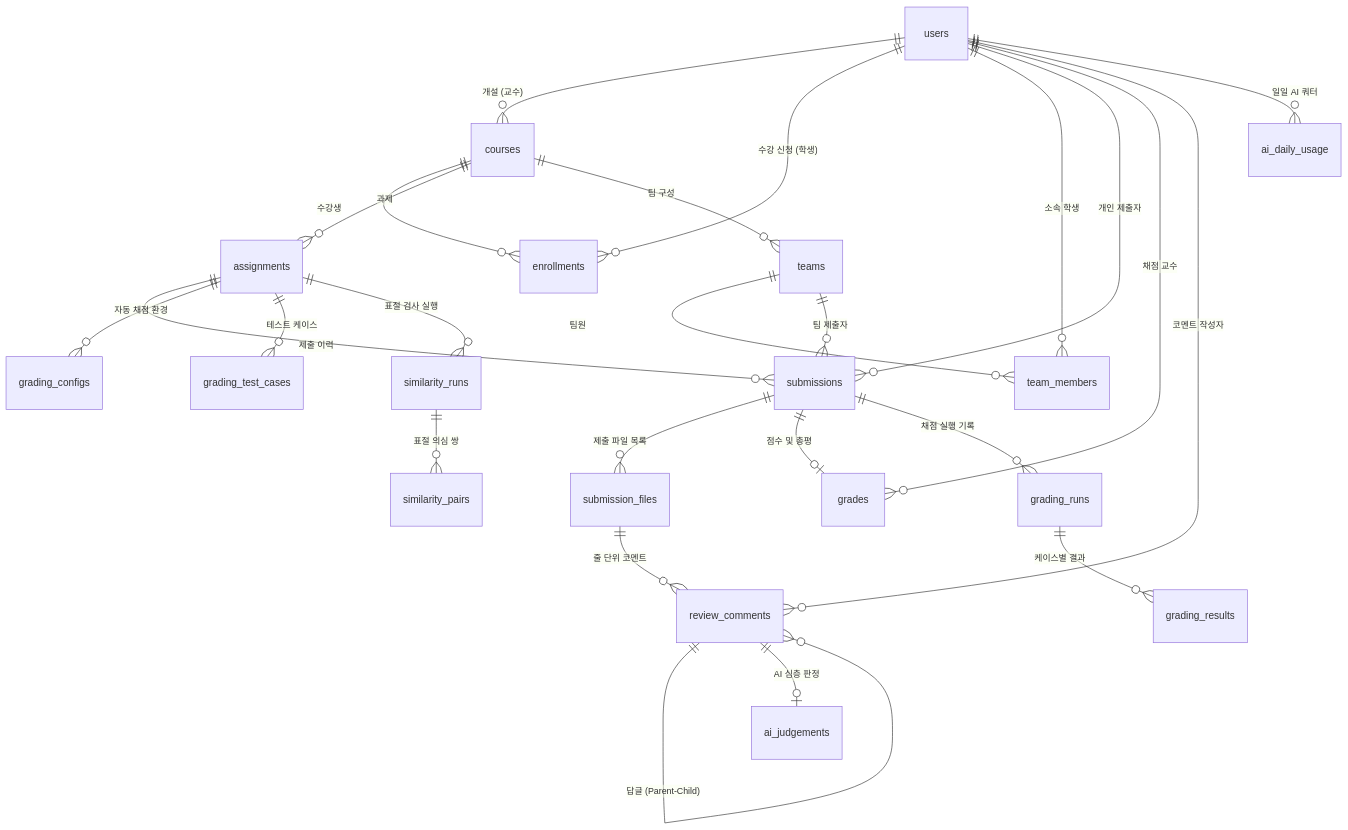
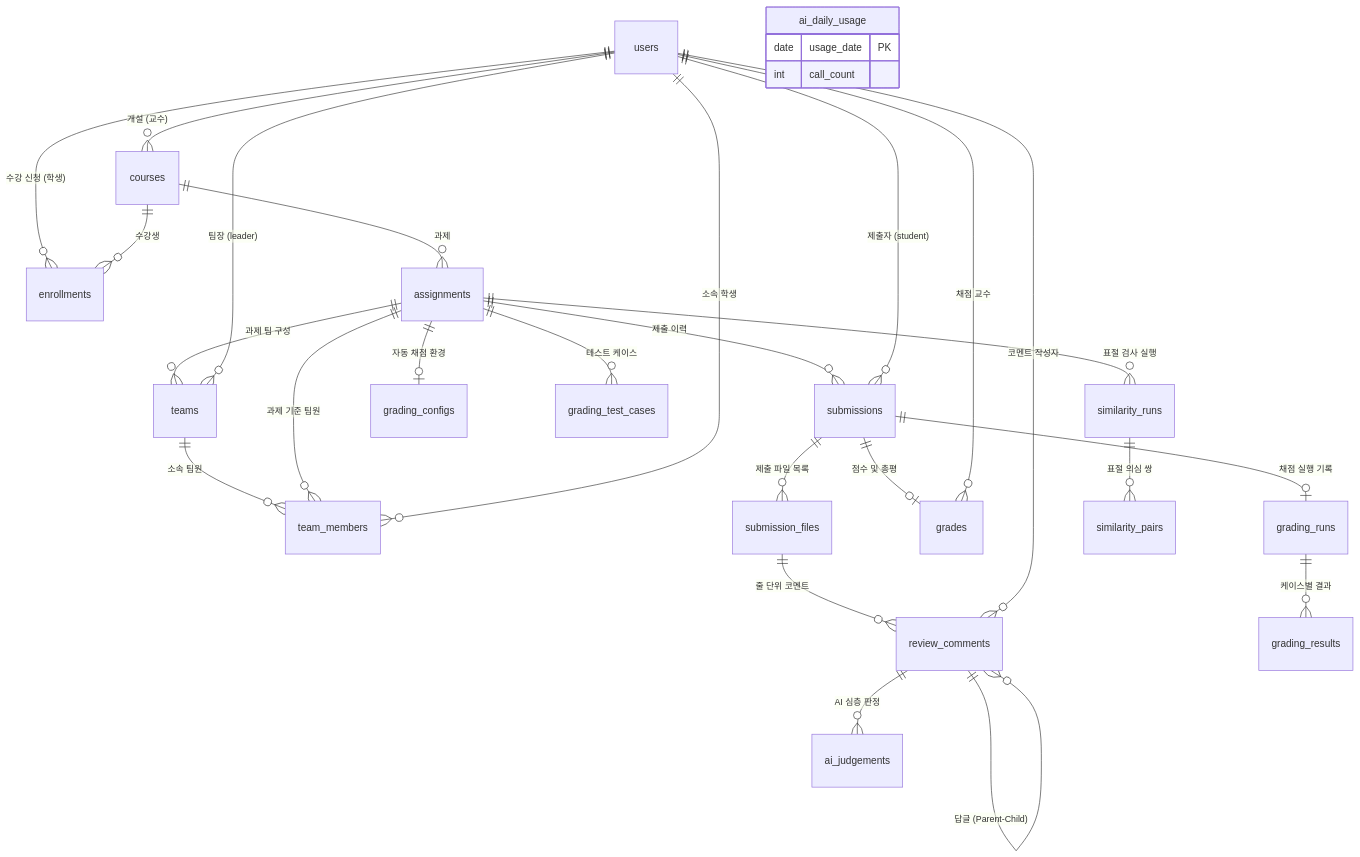
The diagram in docs/프로젝트_산출물/05_데이터베이스_설계서_및_ERD.md (ksw1295/submithub), drawn with Mermaid before and after one commit. The commit also changed other lines of this file and 8 other files, not shown here.

Commit message:
docs: 산출물 팩트체크(실제 엔티티 ERD, Docker CLI, Gemini JSON 규격, 라우팅) 최종 반영

````diff
--- a/docs/프로젝트_산출물/05_데이터베이스_설계서_및_ERD.md
+++ b/docs/프로젝트_산출물/05_데이터베이스_설계서_및_ERD.md
@@ -26,32 +31,37 @@
 ```mermaid
 erDiagram
     users ||--o{ courses : "개설 (교수)"
     users ||--o{ enrollments : "수강 신청 (학생)"
     courses ||--o{ enrollments : "수강생"
     courses ||--o{ assignments : "과제"
-    courses ||--o{ teams : "팀 구성"
-    teams ||--o{ team_members : "팀원"
+    
+    assignments ||--o{ teams : "과제 팀 구성"
+    users ||--o{ teams : "팀장 (leader)"
+    teams ||--o{ team_members : "소속 팀원"
+    assignments ||--o{ team_members : "과제 기준 팀원"
     users ||--o{ team_members : "소속 학생"
 
     assignments ||--o{ submissions : "제출 이력"
-    users ||--o{ submissions : "개인 제출자"
-    teams ||--o{ submissions : "팀 제출자"
+    users ||--o{ submissions : "제출자 (student)"
     submissions ||--o{ submission_files : "제출 파일 목록"
     submissions ||--o| grades : "점수 및 총평"
     users ||--o{ grades : "채점 교수"
 
     submission_files ||--o{ review_comments : "줄 단위 코멘트"
     users ||--o{ review_comments : "코멘트 작성자"
     review_comments ||--o{ review_comments : "답글 (Parent-Child)"
 
-    assignments ||--o{ grading_configs : "자동 채점 환경"
+    assignments ||--o| grading_configs : "자동 채점 환경"
     assignments ||--o{ grading_test_cases : "테스트 케이스"
-    submissions ||--o{ grading_runs : "채점 실행 기록"
+    submissions ||--o| grading_runs : "채점 실행 기록"
     grading_runs ||--o{ grading_results : "케이스별 결과"
 
     assignments ||--o{ similarity_runs : "표절 검사 실행"
     similarity_runs ||--o{ similarity_pairs : "표절 의심 쌍"
 
-    review_comments ||--o| ai_judgements : "AI 심층 판정"
-    users ||--o{ ai_daily_usage : "일일 AI 쿼터"
+    review_comments ||--o{ ai_judgements : "AI 심층 판정"
+    ai_daily_usage {
+        date usage_date PK
+        int call_count
+    }
 ```
````
